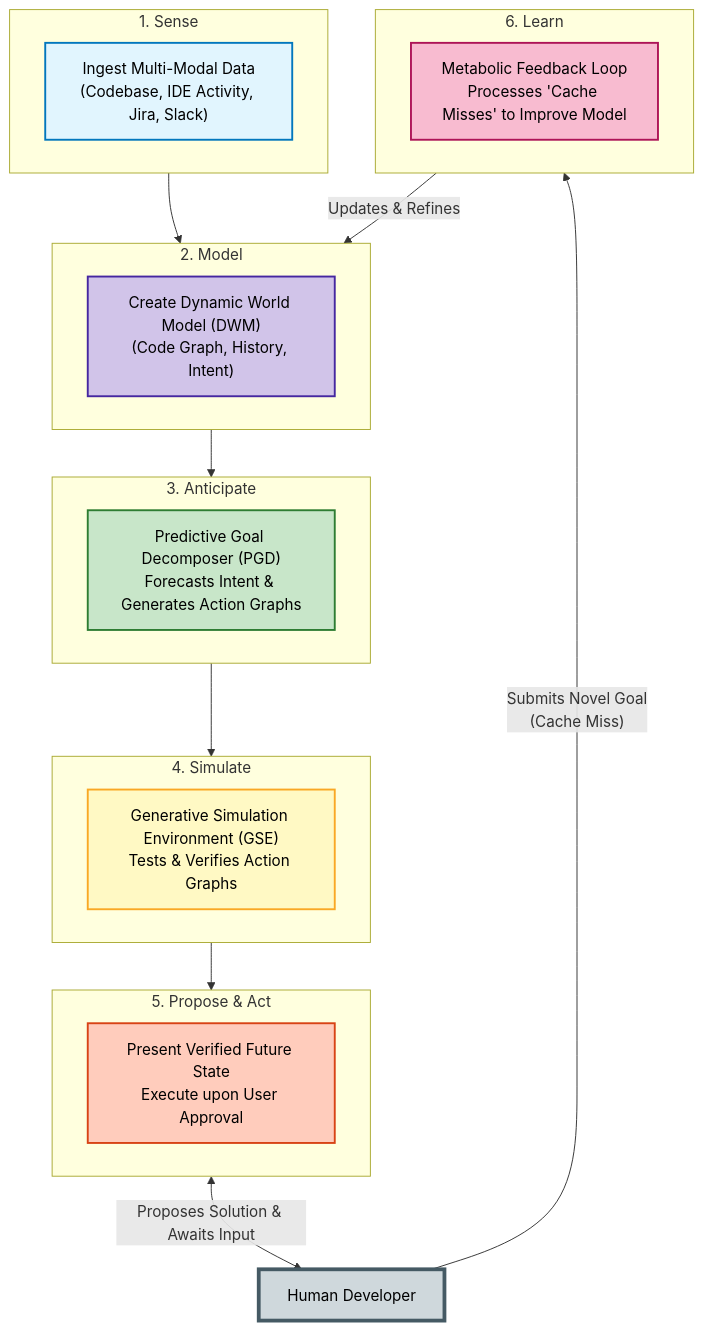
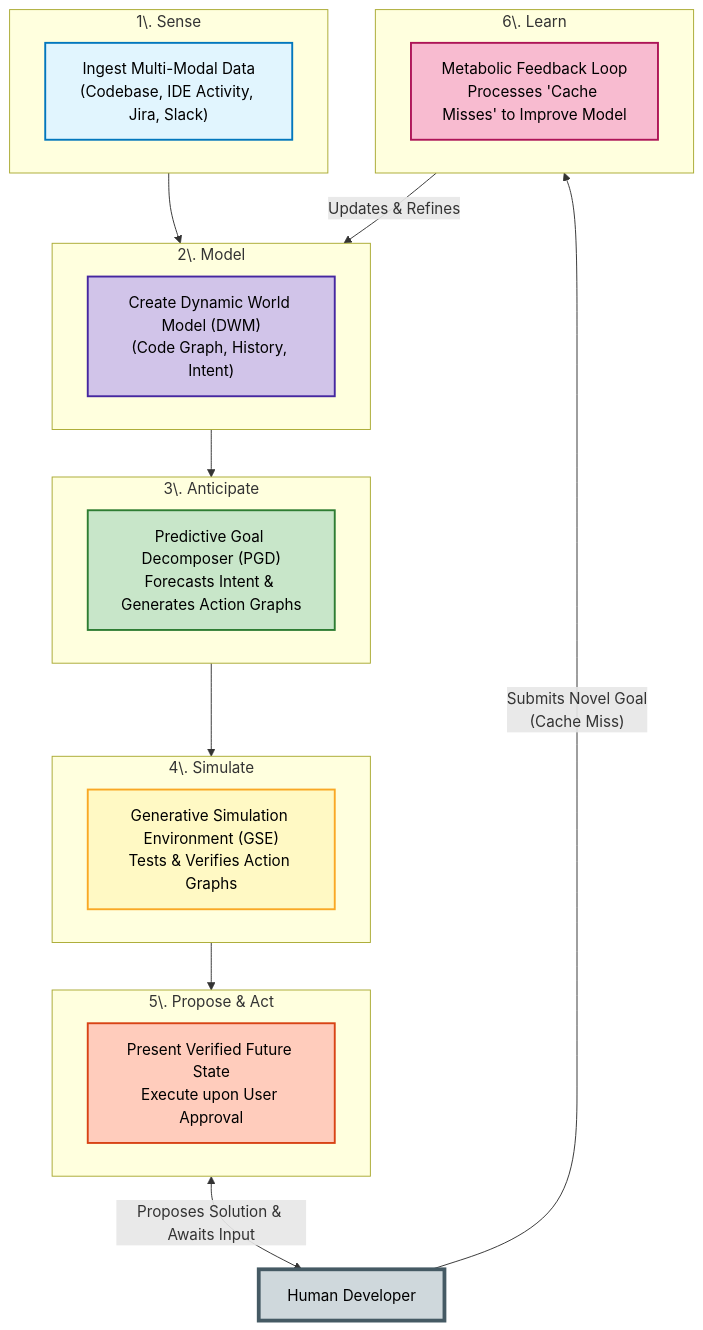
One commit to nshkrdotcom/research_papers changed the diagram in 20250731_RESEARCH_PROPOSAL_COMPRESSED_ACTION_GRAPHS_02.md. Above: the diagram before and after it, drawn with Mermaid.

````diff
--- a/20250731_RESEARCH_PROPOSAL_COMPRESSED_ACTION_GRAPHS_02.md
+++ b/20250731_RESEARCH_PROPOSAL_COMPRESSED_ACTION_GRAPHS_02.md
@@ -28,53 +28,53 @@
 ```mermaid
 graph TD
     %% ---- Main Node for the Central Human Agent ----
     DeveloperBlock["Human Developer"]
 
     %% ---- Subgraphs for Each Phase of the Symbiotic Loop ----
-    subgraph SenseBlock["1. Sense"]
+    subgraph SenseBlock["1\. Sense"]
         SenseNode["Ingest Multi-Modal Data<br/>(Codebase, IDE Activity, Jira, Slack)"]
     end
 
-    subgraph ModelBlock["2. Model"]
+    subgraph ModelBlock["2\. Model"]
         ModelNode["Create Dynamic World Model (DWM)<br/>(Code Graph, History, Intent)"]
     end
 
-    subgraph AnticipateBlock["3. Anticipate"]
+    subgraph AnticipateBlock["3\. Anticipate"]
         AnticipateNode["Predictive Goal Decomposer (PGD)<br/>Forecasts Intent & Generates Action Graphs"]
     end
 
-    subgraph SimulateBlock["4. Simulate"]
+    subgraph SimulateBlock["4\. Simulate"]
         SimulateNode["Generative Simulation Environment (GSE)<br/>Tests & Verifies Action Graphs"]
     end
 
-    subgraph ProposeActBlock["5. Propose & Act"]
+    subgraph ProposeActBlock["5\. Propose & Act"]
         ProposeActNode["Present Verified Future State<br/>Execute upon User Approval"]
     end
 
-    subgraph LearnBlock["6. Learn"]
+    subgraph LearnBlock["6\. Learn"]
         LearnNode["Metabolic Feedback Loop<br/>Processes 'Cache Misses' to Improve Model"]
     end
 
 
     %% ---- Define the Primary Process Flow ----
     SenseBlock --> ModelBlock
     ModelBlock --> AnticipateBlock
     AnticipateBlock --> SimulateBlock
     SimulateBlock --> ProposeActBlock
 
 
     %% ---- Define the Interaction and Learning Feedback Loops ----
     ProposeActBlock <--"Proposes Solution & Awaits Input"--> DeveloperBlock
     DeveloperBlock --"Submits Novel Goal<br/>(Cache Miss)"--> LearnBlock
     LearnBlock --"Updates & Refines"--> ModelBlock
 
 
     %% ---- Styling Section for all Nodes and Subgraphs ----
     style DeveloperBlock fill:#CFD8DC,stroke:#455A64,stroke-width:4px,color:#000
     style SenseNode fill:#E1F5FE,stroke:#0277BD,stroke-width:2px,color:#000
     style ModelNode fill:#D1C4E9,stroke:#4527A0,stroke-width:2px,color:#000
     style AnticipateNode fill:#C8E6C9,stroke:#2E7D32,stroke-width:2px,color:#000
     style SimulateNode fill:#FFF9C4,stroke:#F9A825,stroke-width:2px,color:#000
     style ProposeActNode fill:#FFCCBC,stroke:#D84315,stroke-width:2px,color:#000
     style LearnNode fill:#F8BBD0,stroke:#AD1457,stroke-width:2px,color:#000
 ```
````
